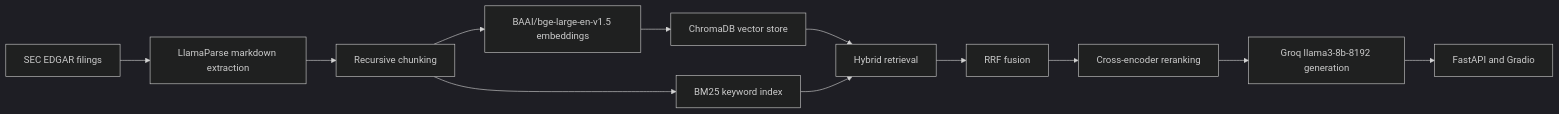
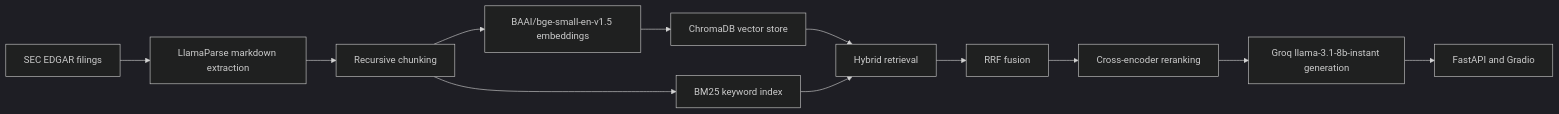
Before and after one commit to Anassbzdd/financial-RAG: the diagram in financial-rag/README.md, drawn with Mermaid (dark theme). The commit also changed other lines of this file and 11 other files, not shown here.

````diff
--- a/financial-rag/README.md
+++ b/financial-rag/README.md
@@ -9,14 +9,14 @@
 ```mermaid
 flowchart LR
     A[SEC EDGAR filings] --> B[LlamaParse markdown extraction]
     B --> C[Recursive chunking]
-    C --> D[BAAI/bge-large-en-v1.5 embeddings]
+    C --> D[BAAI/bge-small-en-v1.5 embeddings]
     C --> E[BM25 keyword index]
     D --> F[ChromaDB vector store]
     F --> G[Hybrid retrieval]
     E --> G
     G --> H[RRF fusion]
     H --> I[Cross-encoder reranking]
-    I --> J[Groq llama3-8b-8192 generation]
+    I --> J[Groq llama-3.1-8b-instant generation]
     J --> K[FastAPI and Gradio]
 ```
````
